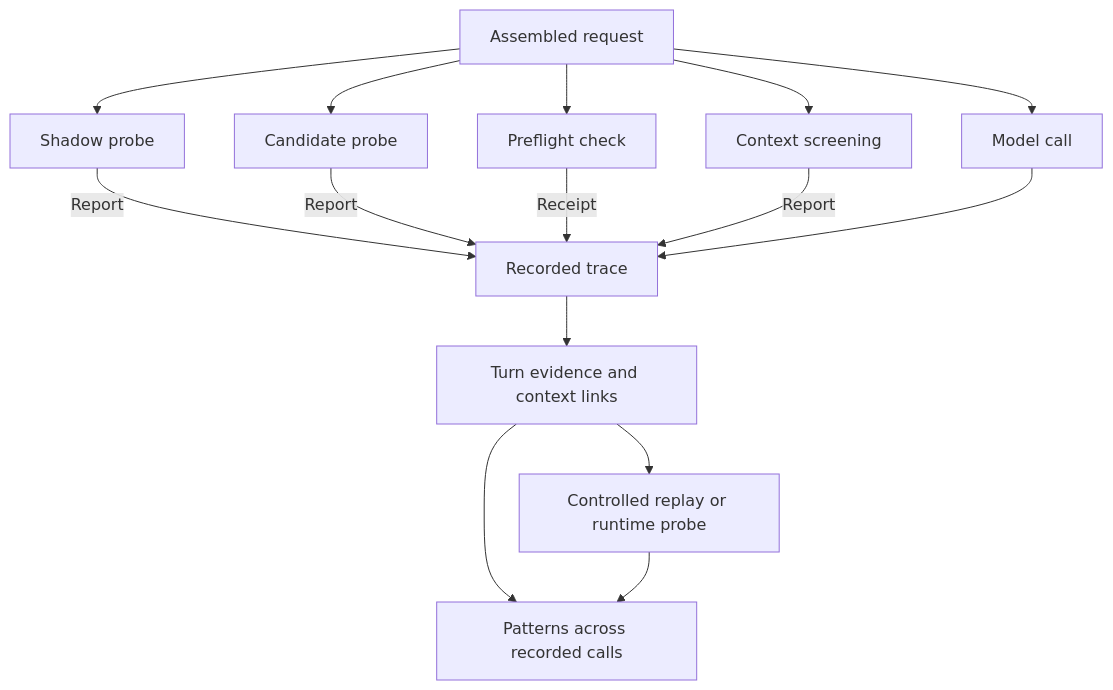
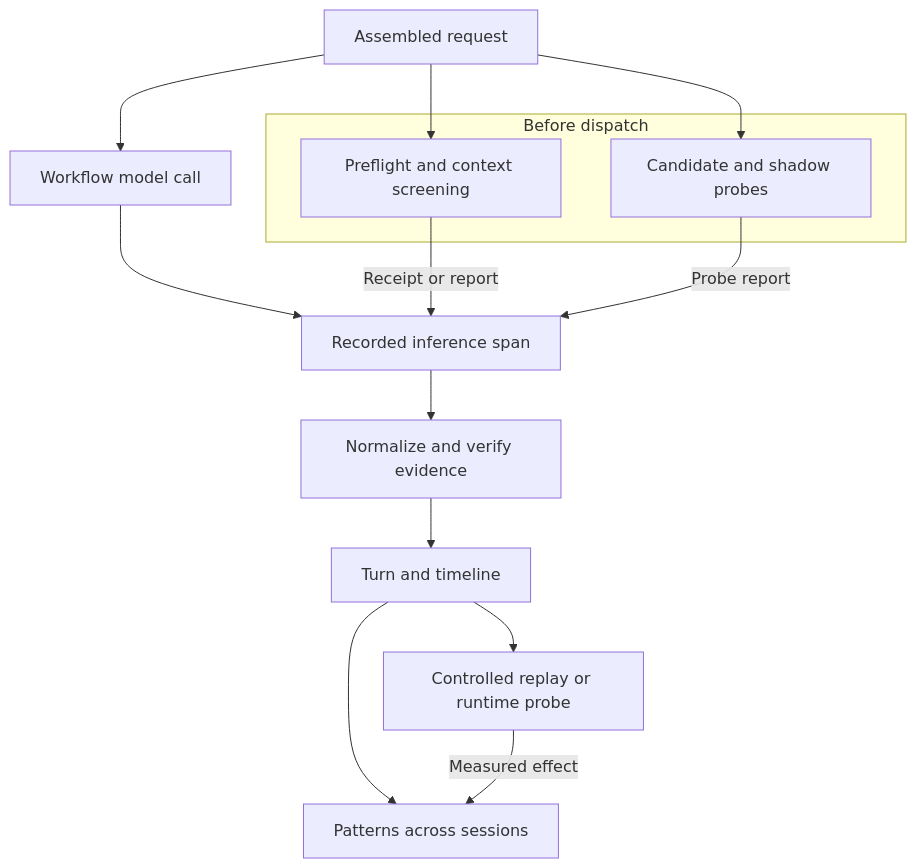
The first of 3 diagrams in docs/architecture.md (thakur-ro/A2Context), drawn with Mermaid before and after one commit. The commit also changed other lines of this file and 4 other files, not shown here.

Commit message:
Document how context evidence moves across views

````diff
--- a/docs/architecture.md
+++ b/docs/architecture.md
@@ -5,19 +5,20 @@
 ```mermaid
 flowchart TD
-    accTitle: Evidence before and after a model call
-    accDescr: Preflight, context screening, and both pending probes use the assembled request. Recorded calls can carry their matching reports.
-    A[Assembled request] --> M[Model call]
-    A --> P[Preflight check]
-    A --> N[Context screening]
-    A --> B[Candidate probe]
-    A --> S[Shadow probe]
-    S -->|Report| T
-    B -->|Report| T
-    P -->|Receipt| T
-    N -->|Report| T
-    M --> T[Recorded trace]
-    T --> I[Turn evidence and context links]
+    accTitle: How captured inputs become turn evidence and measured effects
+    accDescr: Check or probe the assembled request before dispatch. Import the recorded inference call and verify its attached reports. Test further source edits and query comparable evidence across calls.
+    A[Assembled request] --> M[Workflow model call]
+    subgraph Pending[Before dispatch]
+        P[Preflight and context screening]
+        S[Candidate and shadow probes]
+    end
+    A --> P
+    A --> S
+    M --> T[Recorded inference span]
+    P -->|Receipt or report| T
+    S -->|Probe report| T
+    T --> V[Normalize and verify evidence]
+    V --> I[Turn and timeline]
     I --> R[Controlled replay or runtime probe]
-    I --> G[Patterns across recorded calls]
-    R --> G
+    I --> G[Patterns across sessions]
+    R -->|Measured effect| G
 ```
````
